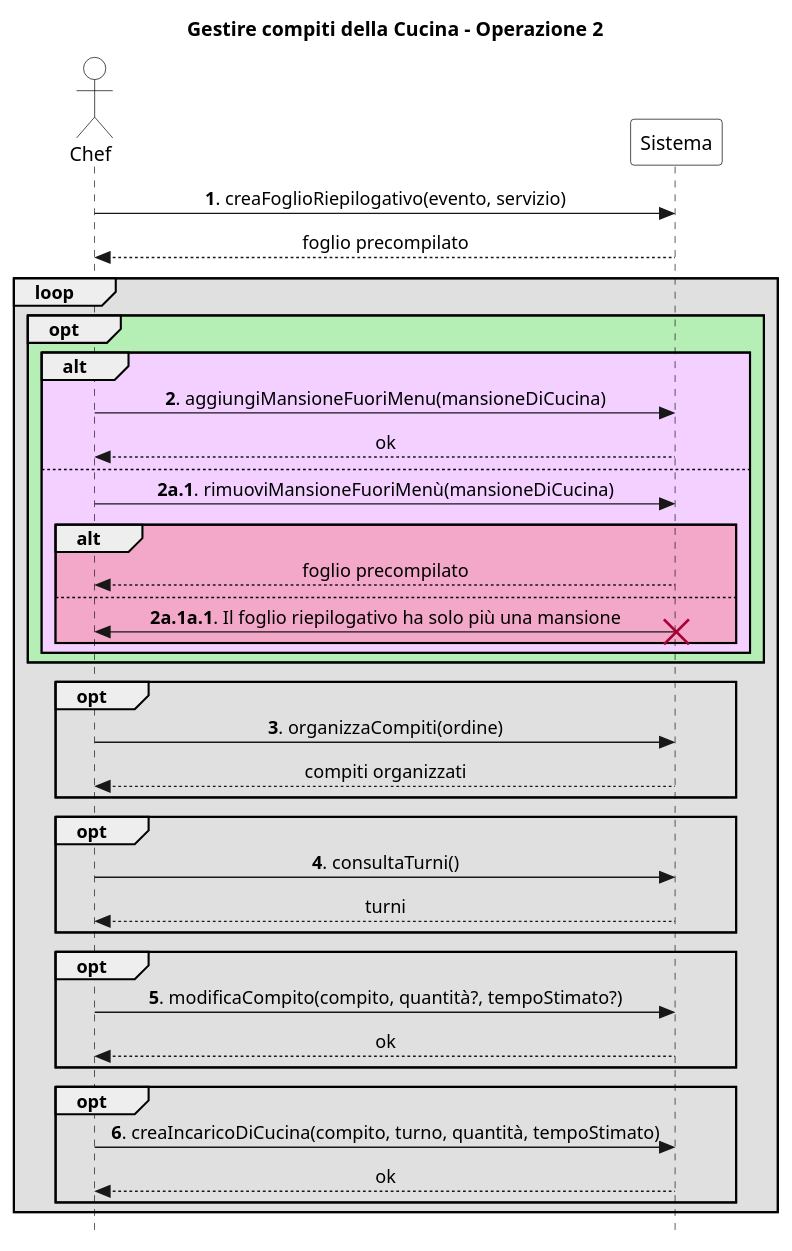
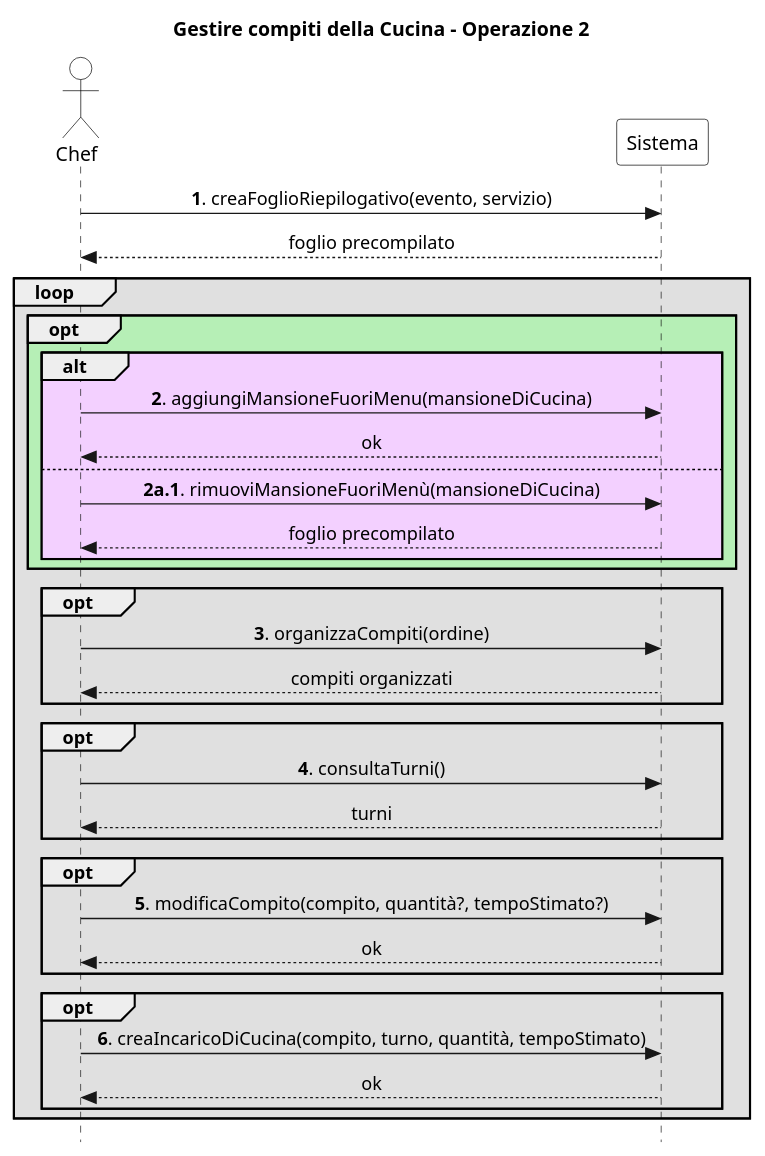
The diagram in UP/Requisiti/UC Gestire Compiti Cucina/SSD/Estensioni-Eccezioni Op2.puml (stefa168/sas-project), drawn with PlantUML before and after one commit. The commit also changed 1 other file, not shown here.

```diff
--- a/UP/Requisiti/UC Gestire Compiti Cucina/SSD/Estensioni-Eccezioni Op2.puml
+++ b/UP/Requisiti/UC Gestire Compiti Cucina/SSD/Estensioni-Eccezioni Op2.puml
@@ -1,59 +1,54 @@
 @startuml
 skinparam Style strictuml
 skinparam SequenceMessageAlign center
 
 skinparam sequence {
     ActorBorderColor Black
     ActorBackgroundColor White
     ParticipantBorderColor Black
     ParticipantBackgroundColor White
 }
 
 actor Chef
 participant Sistema
 
 title Gestire compiti della Cucina - Operazione 2
 
 Chef -> Sistema: **1**. creaFoglioRiepilogativo(evento, servizio)
 return foglio precompilato
 
 loop #e0e0e0
     opt #b6efb6
         alt #f3d0ff
             Chef -> Sistema: **2**. aggiungiMansioneFuoriMenu(mansioneDiCucina)
             return ok
         else
             Chef -> Sistema: **2a.1**. rimuoviMansioneFuoriMenù(mansioneDiCucina)
-            alt #f3a7c9
-                return foglio precompilato
-            else
-                Chef <- Sistema: **2a.1a.1**. Il foglio riepilogativo ha solo più una mansione
-                destroy Sistema
-            end
+            return foglio precompilato
         end
     end
 
     opt #e0e0e0
         Chef -> Sistema: **3**. organizzaCompiti(ordine)
         return compiti organizzati
     end
 
     opt #e0e0e0
         Chef -> Sistema: **4**. consultaTurni()
         return turni
     end
 
     opt #e0e0e0
         Chef -> Sistema: **5**. modificaCompito(compito, quantità?, tempoStimato?)
         return ok
     end
 
     opt #e0e0e0
         Chef -> Sistema: **6**. creaIncaricoDiCucina(compito, turno, quantità, tempoStimato)
         return ok
     end
 
 end
 
 
 @enduml
```
